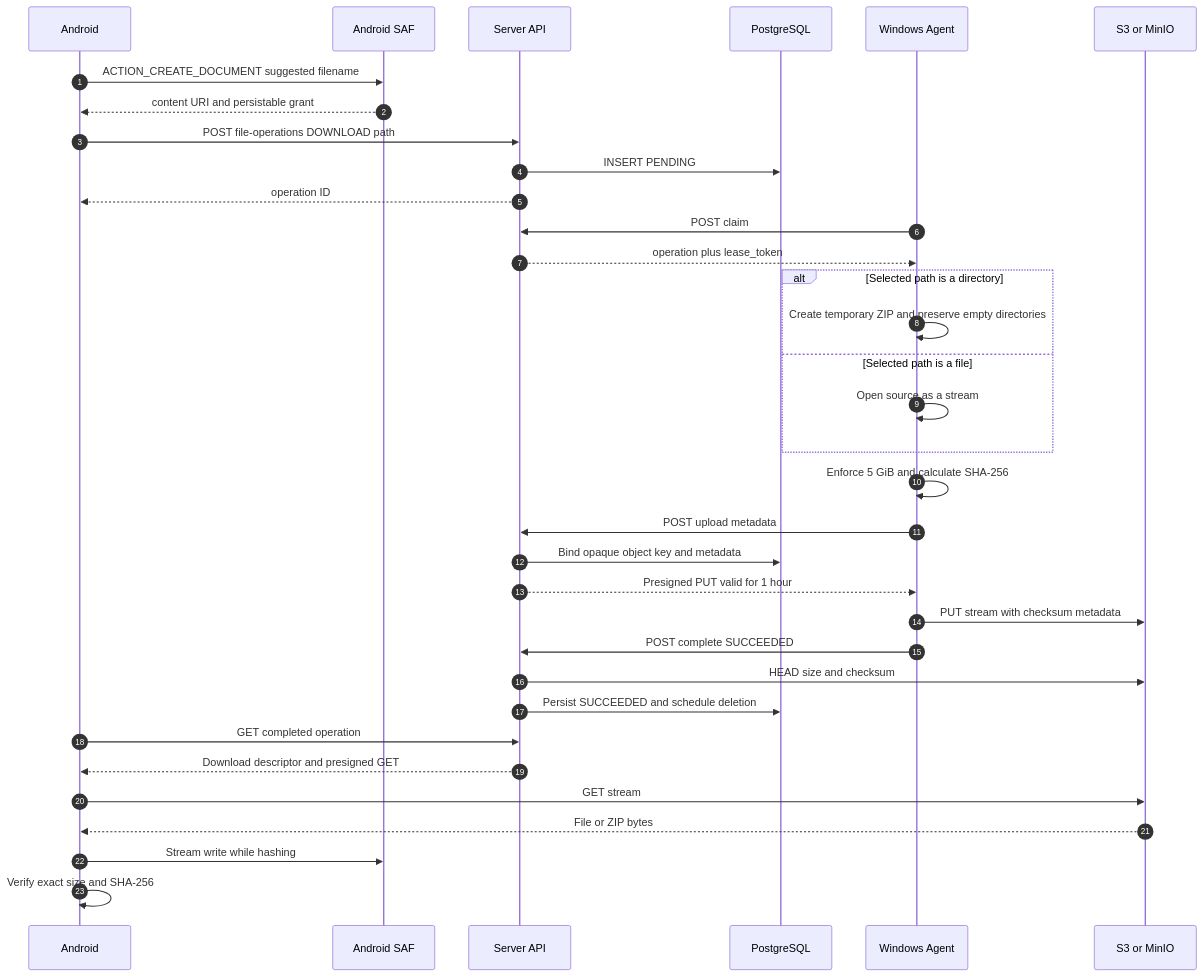
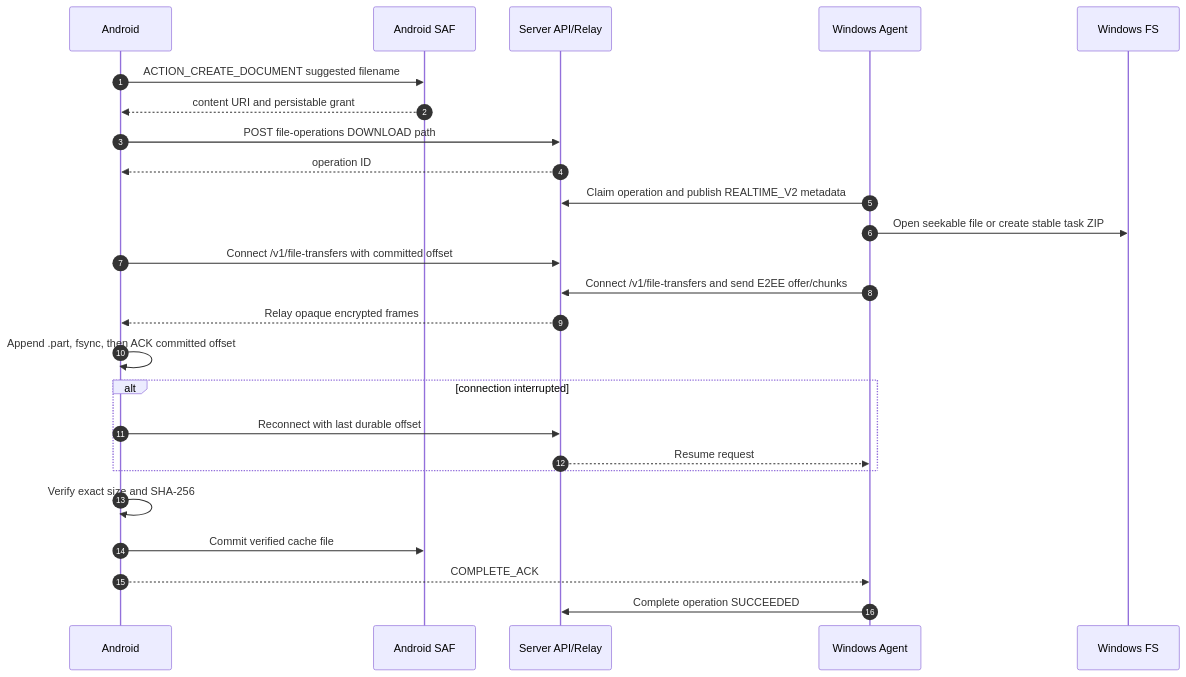
Before and after one commit to myucxy/TermLink: the fourth of 7 diagrams in docs/REMOTE_FILE_OPERATIONS_E2E.md, drawn with Mermaid. The commit also changed other lines of this file and 161 other files, not shown here.

Commit message:
feat(storage): move history and transfers off object storage

````diff
--- a/docs/REMOTE_FILE_OPERATIONS_E2E.md
+++ b/docs/REMOTE_FILE_OPERATIONS_E2E.md
@@ -180,37 +183,28 @@
 ```mermaid
 sequenceDiagram
     autonumber
     participant A as Android
     participant SAF as Android SAF
-    participant S as Server API
-    participant P as PostgreSQL
+    participant S as Server API/Relay
     participant W as Windows Agent
-    participant O as S3 or MinIO
+    participant F as Windows FS
 
     A->>SAF: ACTION_CREATE_DOCUMENT suggested filename
     SAF-->>A: content URI and persistable grant
     A->>S: POST file-operations DOWNLOAD path
-    S->>P: INSERT PENDING
     S-->>A: operation ID
-    W->>S: POST claim
-    S-->>W: operation plus lease_token
-    alt Selected path is a directory
-        W->>W: Create temporary ZIP and preserve empty directories
-    else Selected path is a file
-        W->>W: Open source as a stream
+    W->>S: Claim operation and publish REALTIME_V2 metadata
+    W->>F: Open seekable file or create stable task ZIP
+    A->>S: Connect /v1/file-transfers with committed offset
+    W->>S: Connect /v1/file-transfers and send E2EE offer/chunks
+    S-->>A: Relay opaque encrypted frames
+    A->>A: Append .part, fsync, then ACK committed offset
+    alt connection interrupted
+        A->>S: Reconnect with last durable offset
+        S-->>W: Resume request
     end
-    W->>W: Enforce 5 GiB and calculate SHA-256
-    W->>S: POST upload metadata
-    S->>P: Bind opaque object key and metadata
-    S-->>W: Presigned PUT valid for 1 hour
-    W->>O: PUT stream with checksum metadata
-    W->>S: POST complete SUCCEEDED
-    S->>O: HEAD size and checksum
-    S->>P: Persist SUCCEEDED and schedule deletion
-    A->>S: GET completed operation
-    S-->>A: Download descriptor and presigned GET
-    A->>O: GET stream
-    O-->>A: File or ZIP bytes
-    A->>SAF: Stream write while hashing
     A->>A: Verify exact size and SHA-256
+    A->>SAF: Commit verified cache file
+    A-->>W: COMPLETE_ACK
+    W->>S: Complete operation SUCCEEDED
 ```
````
